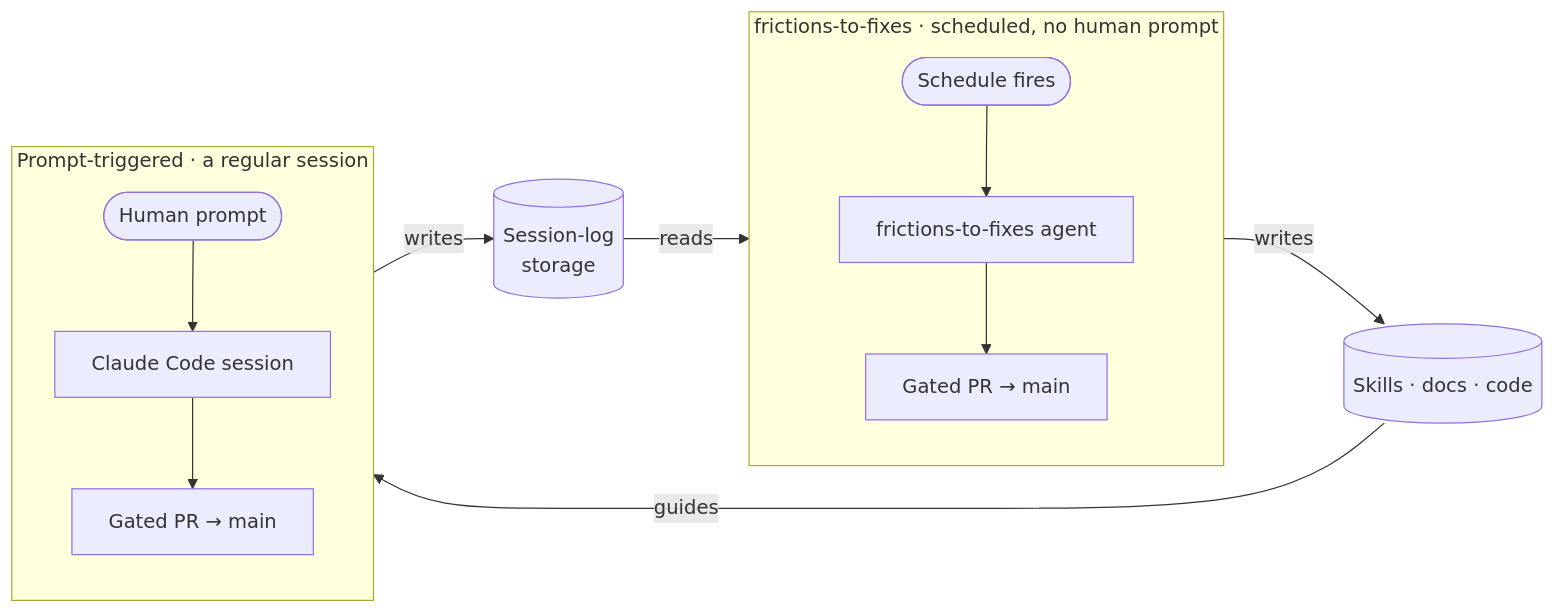
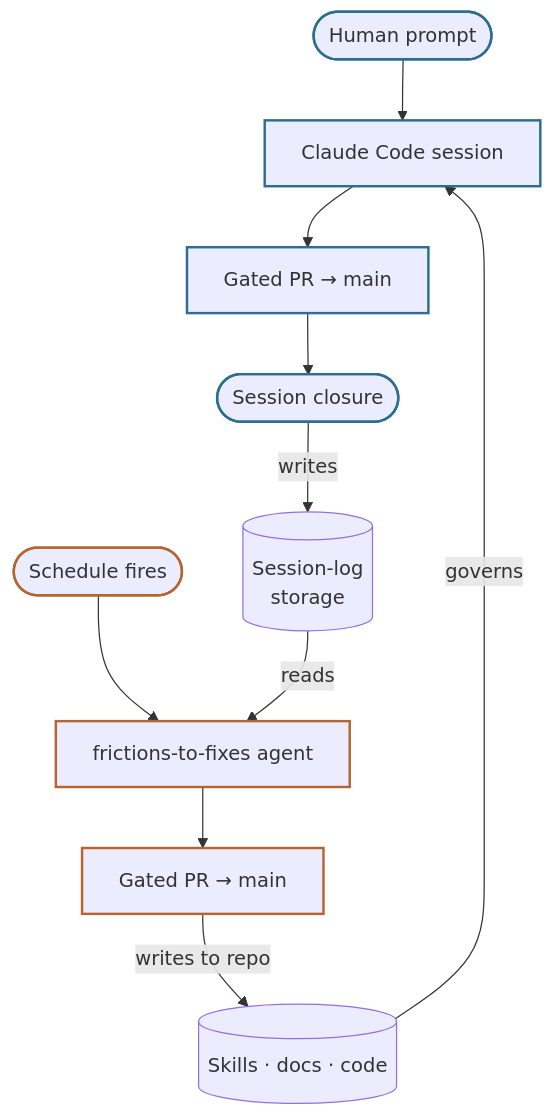
One commit to feffef/terrarium changed the diagram in layers/journal/content/current/pages/how-it-works.md. Above: the diagram before and after it, drawn with Mermaid. The commit also changed 2 other files, not shown here.

First paragraph of the commit message:
Redesign the how-it-works loop diagram for clarity and legibility
Reworks the "whole loop in one picture" mermaid graph on
/t/journal/current/how-it-works so the flow, the arrows, and the text are
all easier to read.

````diff
--- a/layers/journal/content/current/pages/how-it-works.md
+++ b/layers/journal/content/current/pages/how-it-works.md
@@ -36,22 +36,19 @@
 ```mermaid
-graph LR
-  subgraph routine ["frictions-to-fixes · scheduled, no human prompt"]
-    direction TB
-    Schedule(["Schedule fires"]) --> Fixer["frictions-to-fixes agent"]
-    Fixer --> FPR["Gated PR → main"]
-  end
+graph TB
+  Prompt(["Human prompt"]) --> Session["Claude Code session"]
+  Session --> SPR["Gated PR → main"]
+  SPR --> Closure(["Session closure"])
+  Closure -->|writes| Logs[("Session-log<br/>storage")]
 
-  subgraph impl ["Prompt-triggered · a regular session"]
-    direction TB
-    Prompt(["Human prompt"]) --> Session["Claude Code session"]
-    Session --> SPR["Gated PR → main"]
-  end
+  Schedule(["Schedule fires"]) --> Fixer["frictions-to-fixes agent"]
+  Logs -->|reads| Fixer
+  Fixer --> FPR["Gated PR → main"]
+  FPR -->|writes to repo| Instr[("Skills · docs · code")]
 
-  Logs[("Session-log<br/>storage")]
-  Instr[("Skills · docs · code")]
+  Instr -->|governs| Session
 
-  Session -->|writes| Logs
-  Logs -->|reads| Fixer
-  FPR -->|writes| Instr
-  Instr -->|guides| Session
+  classDef session stroke:#2c6e8f,stroke-width:2px;
+  classDef routine stroke:#b5652f,stroke-width:2px;
+  class Prompt,Session,SPR,Closure session;
+  class Schedule,Fixer,FPR routine;
 ```
````
